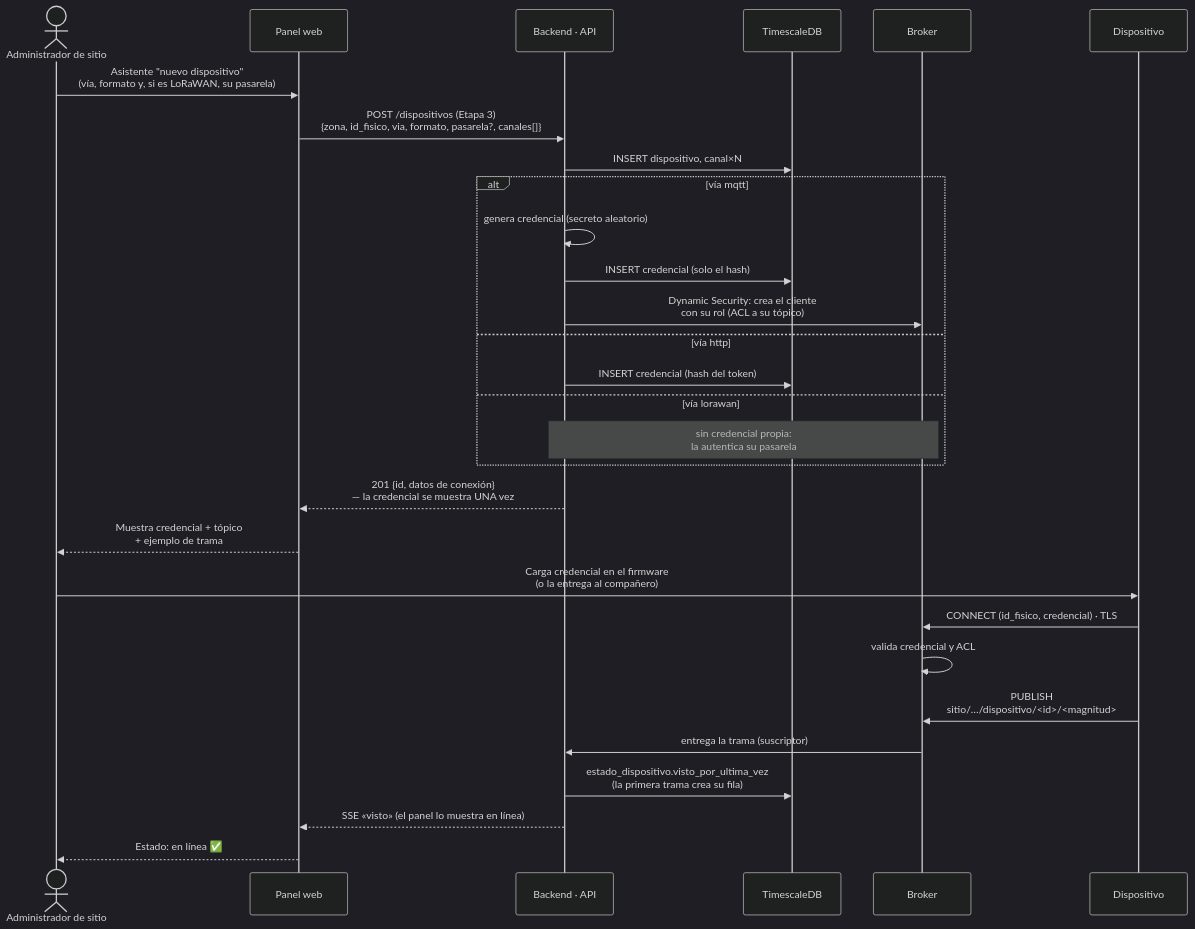
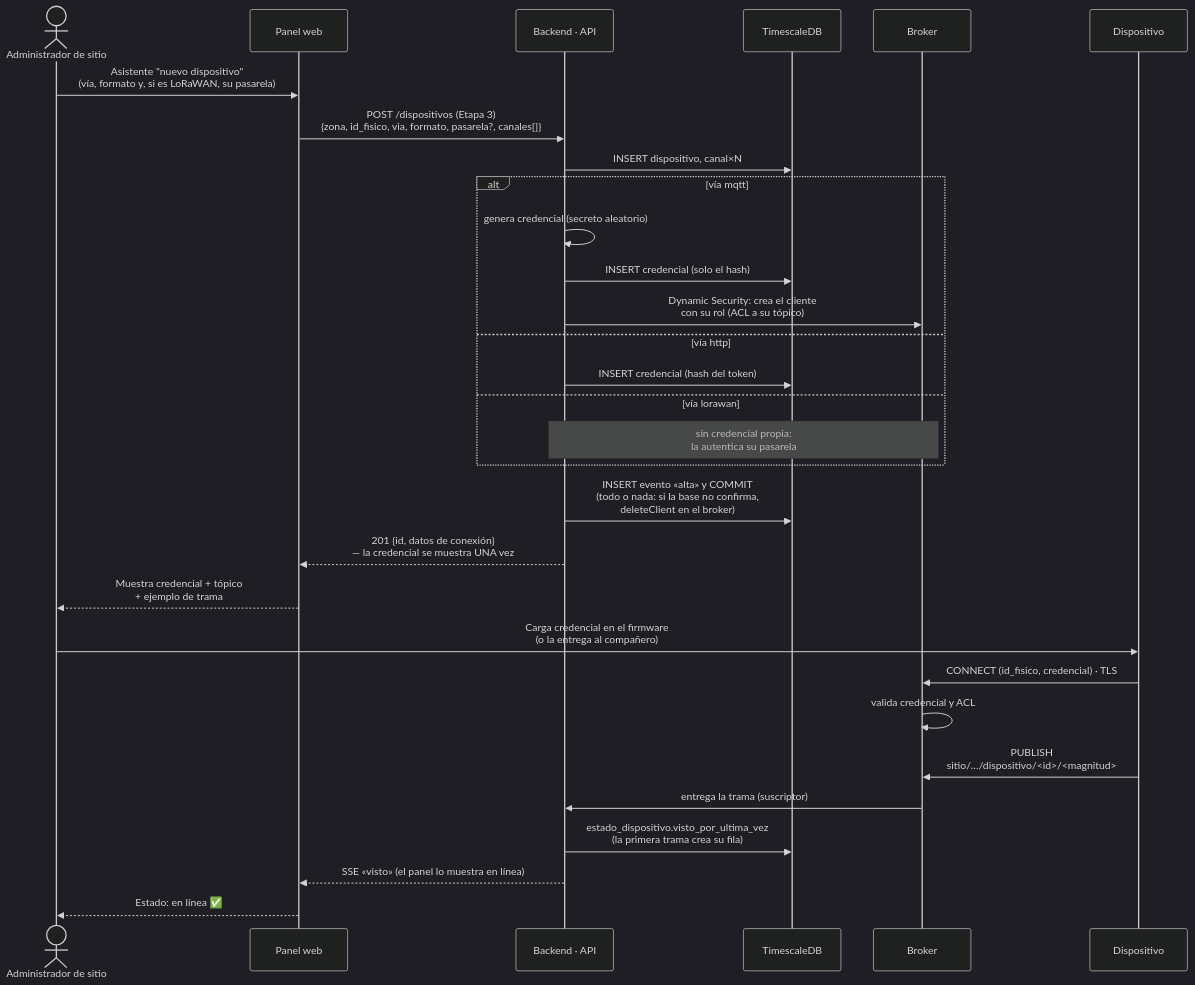
Before and after one commit to vicenterami/tesis: the diagram in informe-oficial/figuras/mermaid/sec-alta.mmd, drawn with Mermaid (dark theme). The commit also changed 52 other files, not shown here.

```diff
--- a/informe-oficial/figuras/mermaid/sec-alta.mmd
+++ b/informe-oficial/figuras/mermaid/sec-alta.mmd
@@ -1,30 +1,31 @@
 sequenceDiagram
     actor Admin as Administrador de sitio
     participant FE as Panel web
     participant API as Backend · API
     participant DB as TimescaleDB
     participant MQ as Broker
     participant Dev as Dispositivo
 
     Admin->>FE: Asistente "nuevo dispositivo"<br/>(vía, formato y, si es LoRaWAN, su pasarela)
     FE->>API: POST /dispositivos (Etapa 3)<br/>{zona, id_fisico, via, formato, pasarela?, canales[]}
     API->>DB: INSERT dispositivo, canal×N
     alt vía mqtt
         API->>API: genera credencial (secreto aleatorio)
         API->>DB: INSERT credencial (solo el hash)
         API->>MQ: Dynamic Security: crea el cliente<br/>con su rol (ACL a su tópico)
     else vía http
         API->>DB: INSERT credencial (hash del token)
     else vía lorawan
         Note over API,MQ: sin credencial propia:<br/>la autentica su pasarela
     end
+    API->>DB: INSERT evento «alta» y COMMIT<br/>(todo o nada: si la base no confirma,<br/>deleteClient en el broker)
     API-->>FE: 201 {id, datos de conexión}<br/>— la credencial se muestra UNA vez
     FE-->>Admin: Muestra credencial + tópico<br/>+ ejemplo de trama
     Admin->>Dev: Carga credencial en el firmware<br/>(o la entrega al compañero)
     Dev->>MQ: CONNECT (id_fisico, credencial) · TLS
     MQ->>MQ: valida credencial y ACL
     Dev->>MQ: PUBLISH<br/>sitio/…/dispositivo/<id>/<magnitud>
     MQ->>API: entrega la trama (suscriptor)
     API->>DB: estado_dispositivo.visto_por_ultima_vez<br/>(la primera trama crea su fila)
     API-->>FE: SSE «visto» (el panel lo muestra en línea)
     FE-->>Admin: Estado: en línea ✅
```
